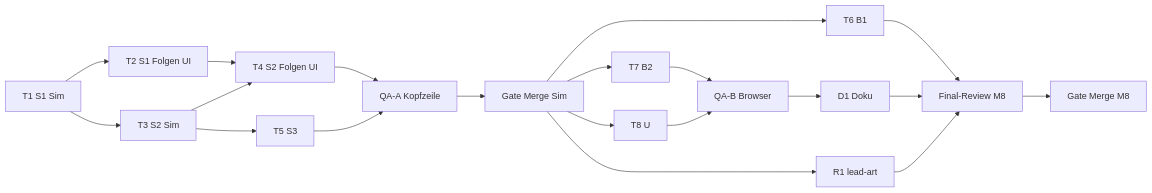
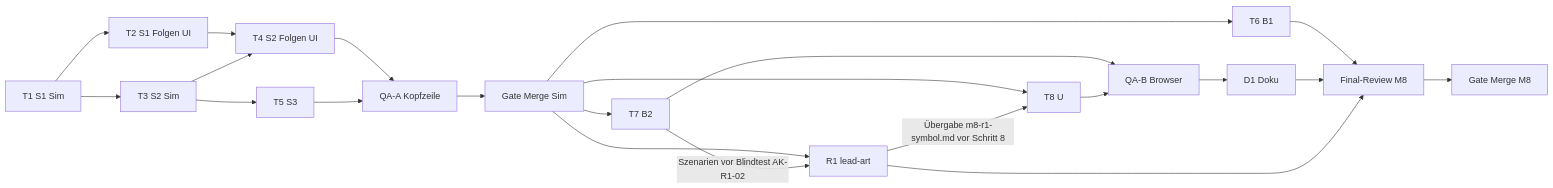
The diagram in docs/superpowers/plans/2026-10-02-m8-kaufleute.md (konstantinniedermann/Inselreich), drawn with Mermaid before and after one commit. The commit also changed other lines of this file, not shown here.

````diff
--- a/docs/superpowers/plans/2026-10-02-m8-kaufleute.md
+++ b/docs/superpowers/plans/2026-10-02-m8-kaufleute.md
@@ -284,22 +332,24 @@
 ```mermaid
 flowchart LR
   T1["T1 S1 Sim"] --> T2["T2 S1 Folgen UI"]
   T1 --> T3["T3 S2 Sim"]
   T2 --> T4["T4 S2 Folgen UI"]
   T3 --> T4
   T3 --> T5["T5 S3"]
   T4 --> QA["QA-A Kopfzeile"]
   T5 --> QA
   QA --> GM1["Gate Merge Sim"]
   GM1 --> T6["T6 B1"]
   GM1 --> T7["T7 B2"]
   GM1 --> T8["T8 U"]
   GM1 --> R1["R1 lead-art"]
+  R1 -->|"Übergabe m8-r1-symbol.md vor Schritt 8"| T8
+  T7 -->|"Szenarien vor Blindtest AK-R1-02"| R1
   T7 --> QB["QA-B Browser"]
   T8 --> QB
   QB --> D1["D1 Doku"]
   T6 --> FR["Final-Review M8"]
   D1 --> FR
   R1 --> FR
   FR --> GM2["Gate Merge M8"]
 ```
````
